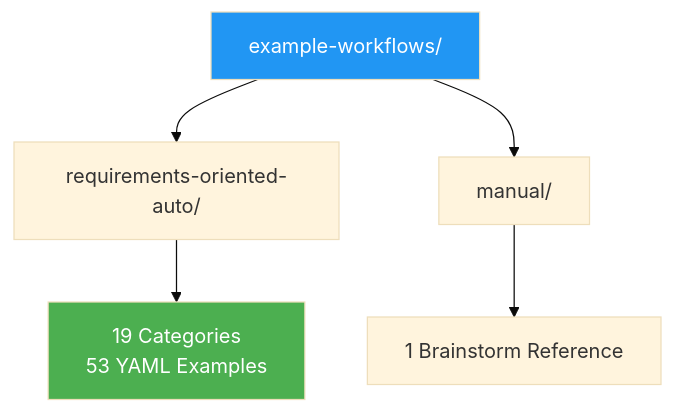
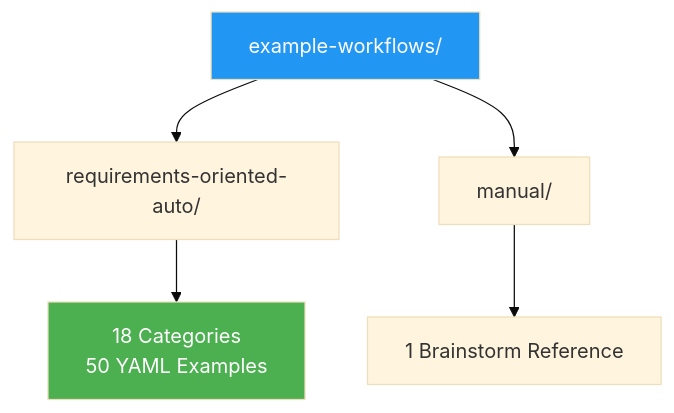
One commit to penwoodj/whitt-execution-engine changed the diagram in docs/workflows/workflows-README.md. Above: the diagram before and after it, drawn with Mermaid (base theme). The commit also changed other lines of this file and 260 other files, not shown here.

````diff
--- a/docs/workflows/workflows-README.md
+++ b/docs/workflows/workflows-README.md
@@ -5,10 +5,10 @@
 ```mermaid
 graph TD
     A["example-workflows/"] --> B["requirements-oriented-auto/"]
     A --> C["manual/"]
-    B --> D["19 Categories<br/>53 YAML Examples"]
+    B --> D["18 Categories<br/>50 YAML Examples"]
     C --> E["1 Brainstorm Reference"]
 
     style A fill:#2196F3,color:#fff
     style D fill:#4CAF50,color:#fff
 ```
````
